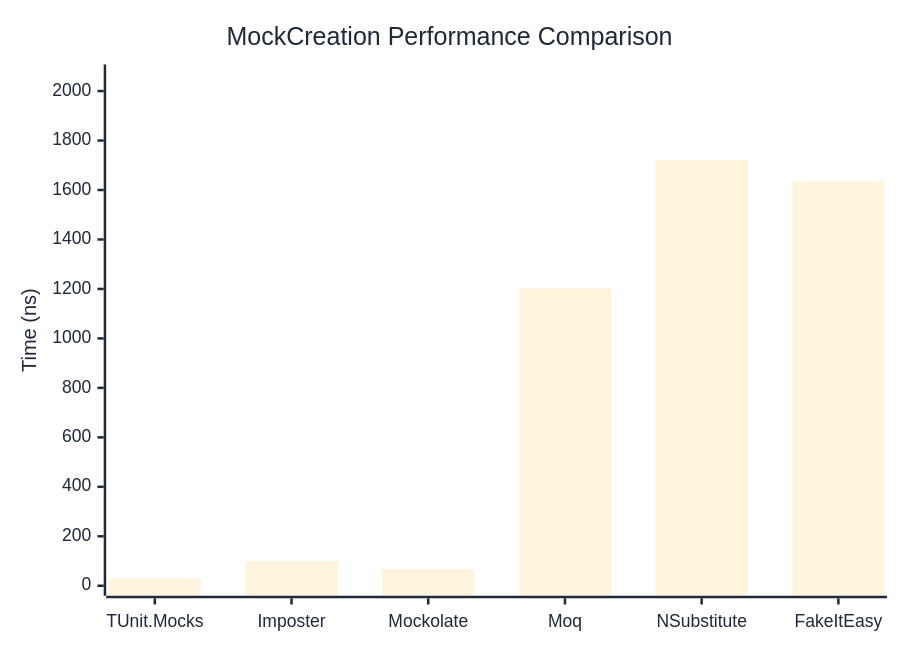
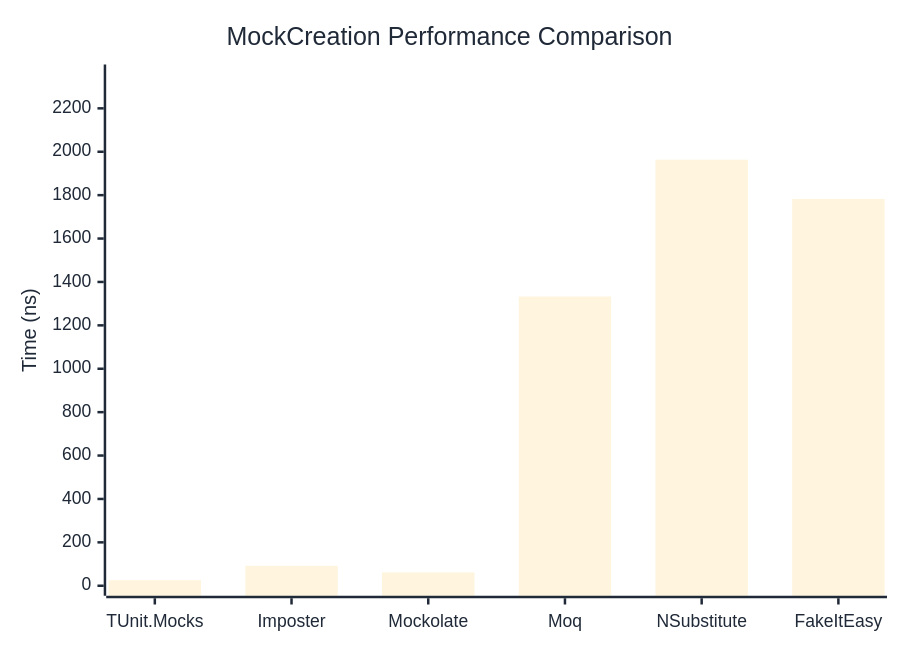
Before and after one commit to thomhurst/TUnit: the first of 2 diagrams in docs/docs/benchmarks/mocks/MockCreation.md, drawn with Mermaid. The commit also changed other lines of this file and 14 other files, not shown here.

````diff
--- a/docs/docs/benchmarks/mocks/MockCreation.md
+++ b/docs/docs/benchmarks/mocks/MockCreation.md
@@ -28,27 +28,27 @@
 ```mermaid
 %%{init: {
   'theme':'base',
   'themeVariables': {
     'primaryColor': '#2563eb',
     'primaryTextColor': '#1f2937',
     'primaryBorderColor': '#1e40af',
     'lineColor': '#6b7280',
     'secondaryColor': '#7c3aed',
     'tertiaryColor': '#dc2626',
     'background': '#ffffff',
     'pie1': '#2563eb',
     'pie2': '#7c3aed',
     'pie3': '#dc2626',
     'pie4': '#f59e0b',
     'pie5': '#10b981',
     'pie6': '#06b6d4',
     'pie7': '#ec4899',
     'pie8': '#6366f1'
   }
 }}%%
 xychart-beta
   title "MockCreation Performance Comparison"
   x-axis ["TUnit.Mocks", "Imposter", "Mockolate", "Moq", "NSubstitute", "FakeItEasy"]
-  y-axis "Time (ns)" 0 --> 2067
-  bar [28.46, 99.82, 67.32, 1202.58, 1722.05, 1635.95]
+  y-axis "Time (ns)" 0 --> 2356
+  bar [25.67, 91.97, 61.38, 1332.99, 1963.28, 1782.54]
 ```
````
